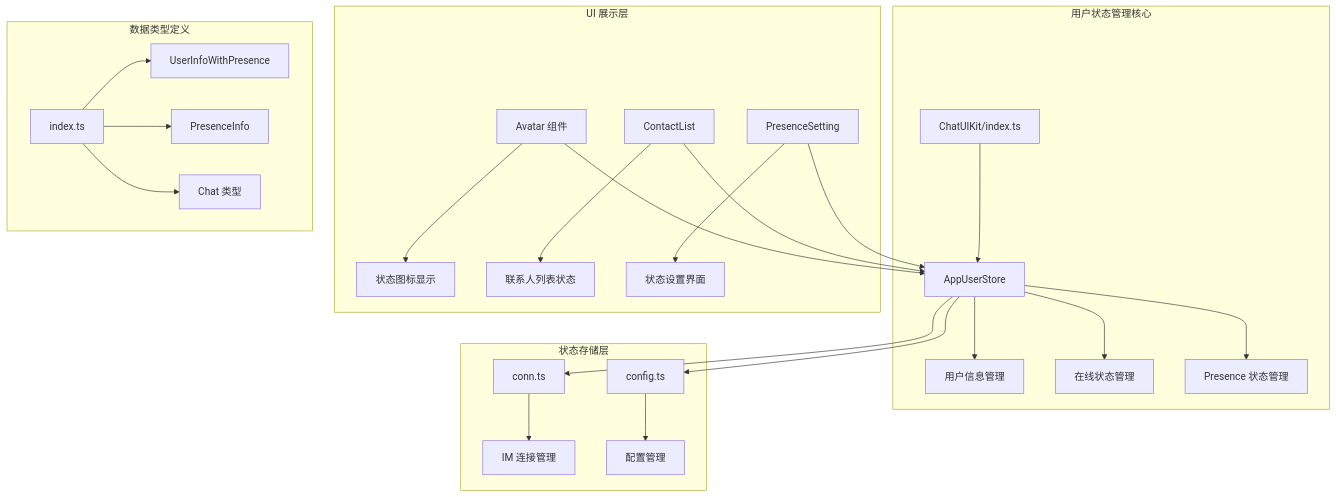
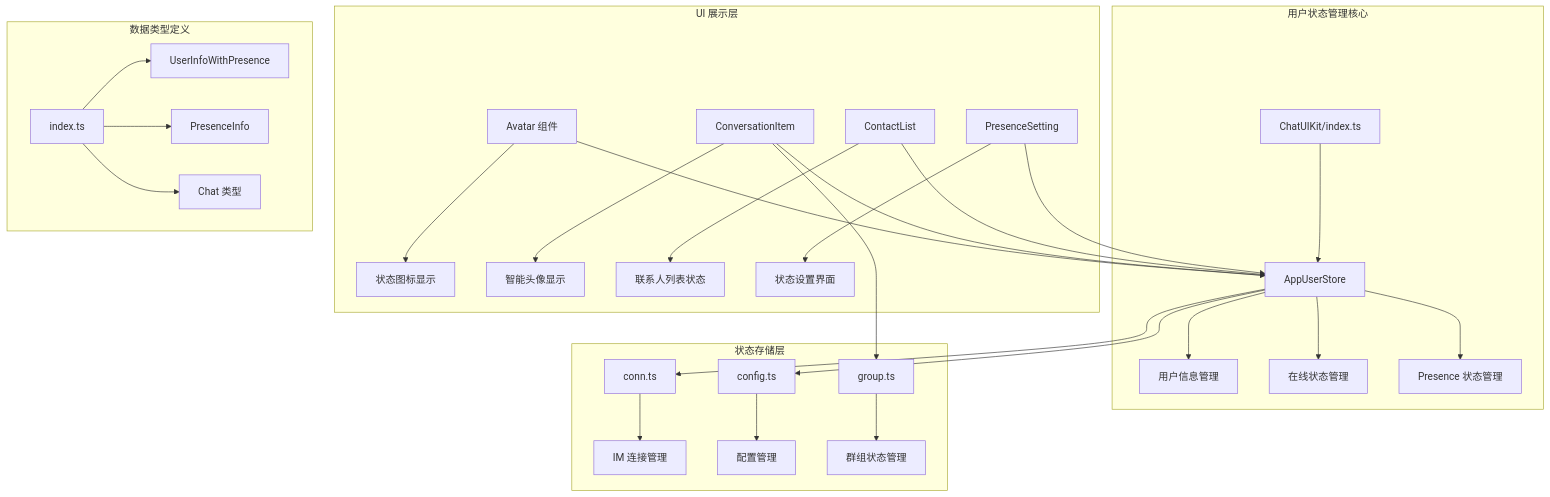
One commit to Easemob-Community/easemob-uikit-uniapp-community changed the first of 7 diagrams in .qoder/repowiki/zh/content/User Status Management.md. Above: the diagram before and after it, drawn with Mermaid. The commit also changed other lines of this file and 5 other files, not shown here.

````diff
--- a/.qoder/repowiki/zh/content/User Status Management.md
+++ b/.qoder/repowiki/zh/content/User Status Management.md
@@ -41,28 +53,32 @@
 ```mermaid
 graph TB
 subgraph "用户状态管理核心"
 A[ChatUIKit/index.ts] --> B[AppUserStore]
 B --> C[用户信息管理]
 B --> D[在线状态管理]
 B --> E[Presence 状态管理]
 end
 subgraph "状态存储层"
 F[conn.ts] --> G[IM 连接管理]
 H[config.ts] --> I[配置管理]
+J[group.ts] --> K[群组状态管理]
 end
 subgraph "UI 展示层"
-J[Avatar 组件] --> K[状态图标显示]
-L[ContactList] --> M[联系人列表状态]
-N[PresenceSetting] --> O[状态设置界面]
+L[Avatar 组件] --> M[状态图标显示]
+N[ConversationItem] --> O[智能头像显示]
+P[ContactList] --> Q[联系人列表状态]
+R[PresenceSetting] --> S[状态设置界面]
 end
 subgraph "数据类型定义"
-P[index.ts] --> Q[UserInfoWithPresence]
-P --> R[PresenceInfo]
-P --> S[Chat 类型]
+T[index.ts] --> U[UserInfoWithPresence]
+T --> V[PresenceInfo]
+T --> W[Chat 类型]
 end
 B --> F
 B --> H
-J --> B
 L --> B
 N --> B
+N --> J
+P --> B
+R --> B
 ```
````
